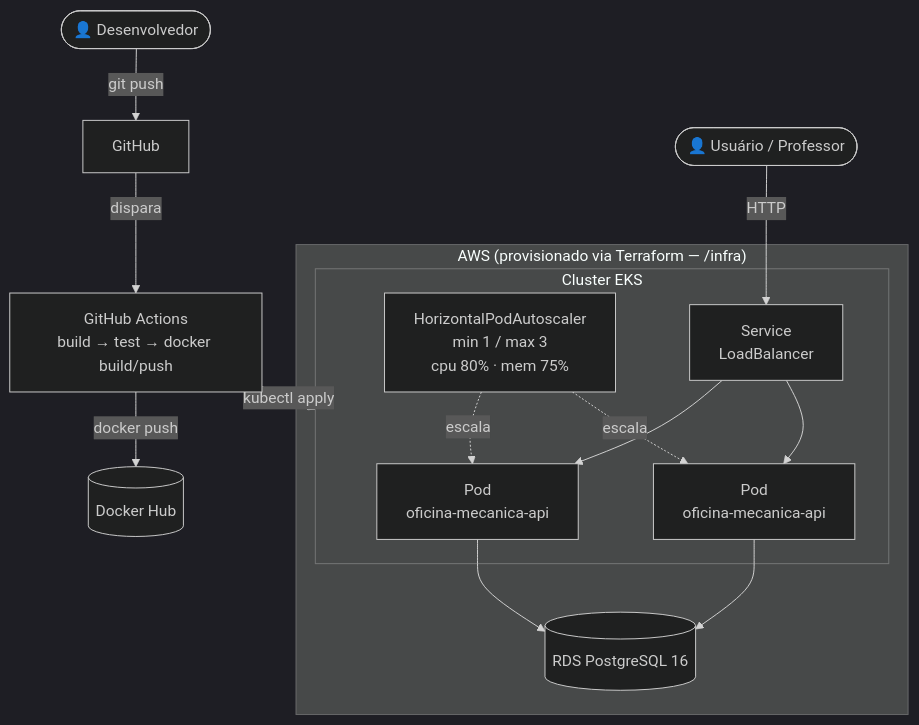
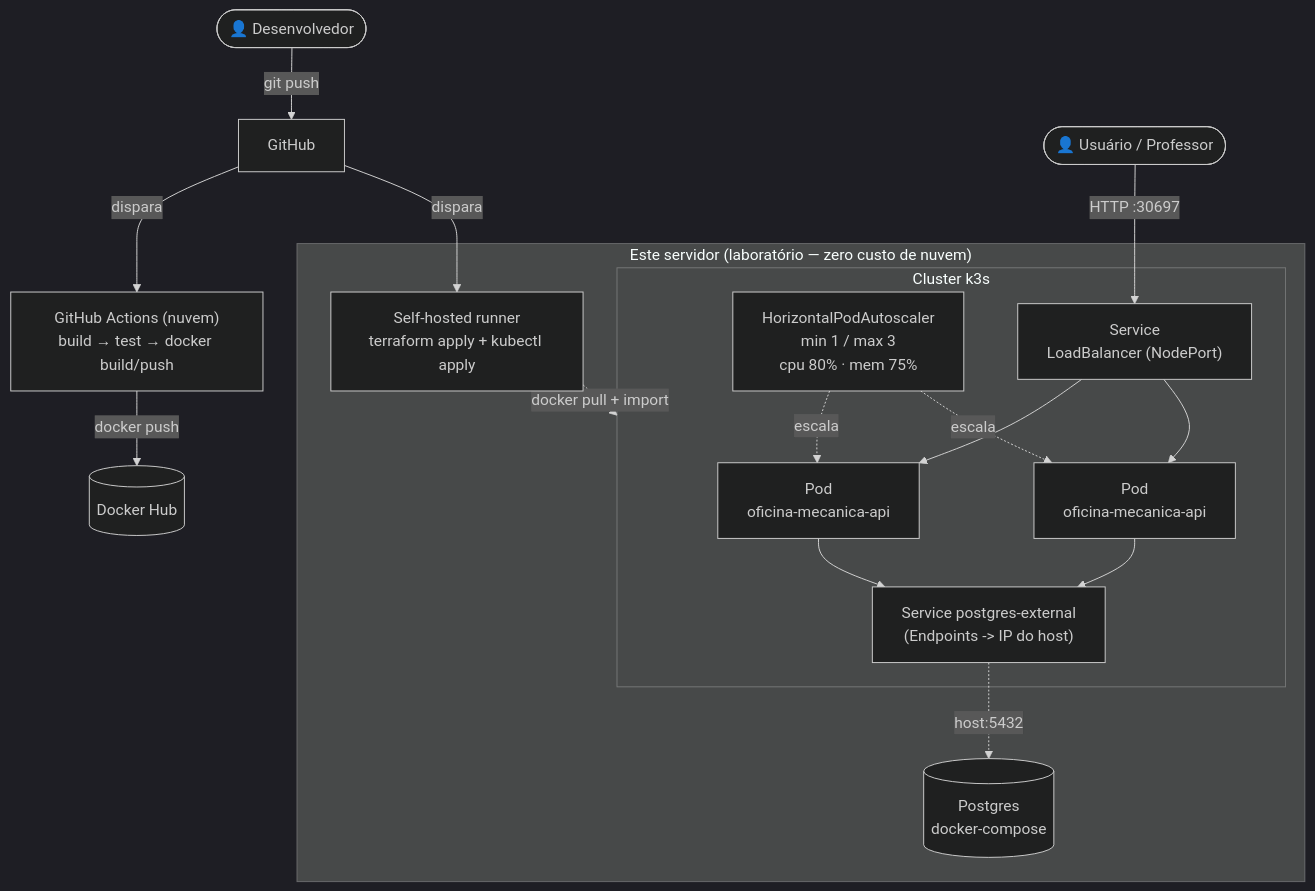
The second of 5 diagrams in README.md (jaimorais2007/oficina-mecanica-api), drawn with Mermaid (dark theme) before and after one commit. The commit also changed other lines of this file and 16 other files, not shown here.

First line of the commit message:
refactor: switch infra from AWS EKS/RDS to local k3s cluster

````diff
--- a/README.md
+++ b/README.md
@@ -80,25 +84,31 @@
 ```mermaid
 graph TD
     Dev(["👤 Desenvolvedor"]) -->|"git push"| GH["GitHub"]
-    GH -->|"dispara"| CI["GitHub Actions\nbuild → test → docker build/push"]
-    CI -->|"docker push"| Hub[("Docker Hub")]
-    CI -->|"kubectl apply"| EKS
+    GH -->|"dispara"| CIcloud["GitHub Actions (nuvem)\nbuild → test → docker build/push"]
+    CIcloud -->|"docker push"| Hub[("Docker Hub")]
+    GH -->|"dispara"| Runner
 
-    subgraph AWS["AWS (provisionado via Terraform — /infra)"]
-        subgraph EKS["Cluster EKS"]
+    subgraph Servidor["Este servidor (laboratório — zero custo de nuvem)"]
+        Runner["Self-hosted runner\nterraform apply + kubectl apply"]
+        DBCompose[("Postgres\ndocker-compose")]
+
+        subgraph K3s["Cluster k3s"]
             Pod1["Pod\noficina-mecanica-api"]
             Pod2["Pod\noficina-mecanica-api"]
             HPA["HorizontalPodAutoscaler\nmin 1 / max 3\ncpu 80% · mem 75%"]
-            Svc["Service\nLoadBalancer"]
+            Svc["Service\nLoadBalancer (NodePort)"]
+            PgSvc["Service postgres-external\n(Endpoints -> IP do host)"]
             HPA -.->|"escala"| Pod1
             HPA -.->|"escala"| Pod2
             Svc --> Pod1
             Svc --> Pod2
+            Pod1 --> PgSvc
+            Pod2 --> PgSvc
         end
-        RDS[("RDS PostgreSQL 16")]
-        Pod1 --> RDS
-        Pod2 --> RDS
+
+        Runner -.->|"docker pull + import"| K3s
+        PgSvc -.->|"host:5432"| DBCompose
     end
 
-    Usuario(["👤 Usuário / Professor"]) -->|"HTTP"| Svc
+    Usuario(["👤 Usuário / Professor"]) -->|"HTTP :30697"| Svc
 ```
````
